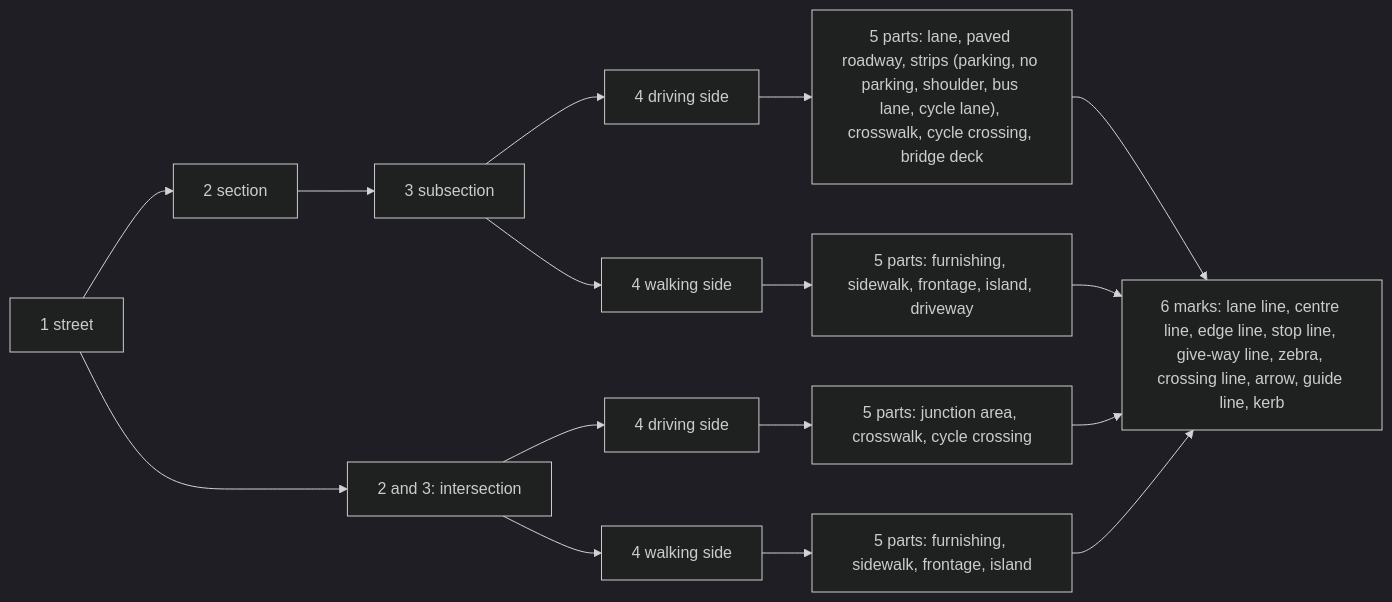
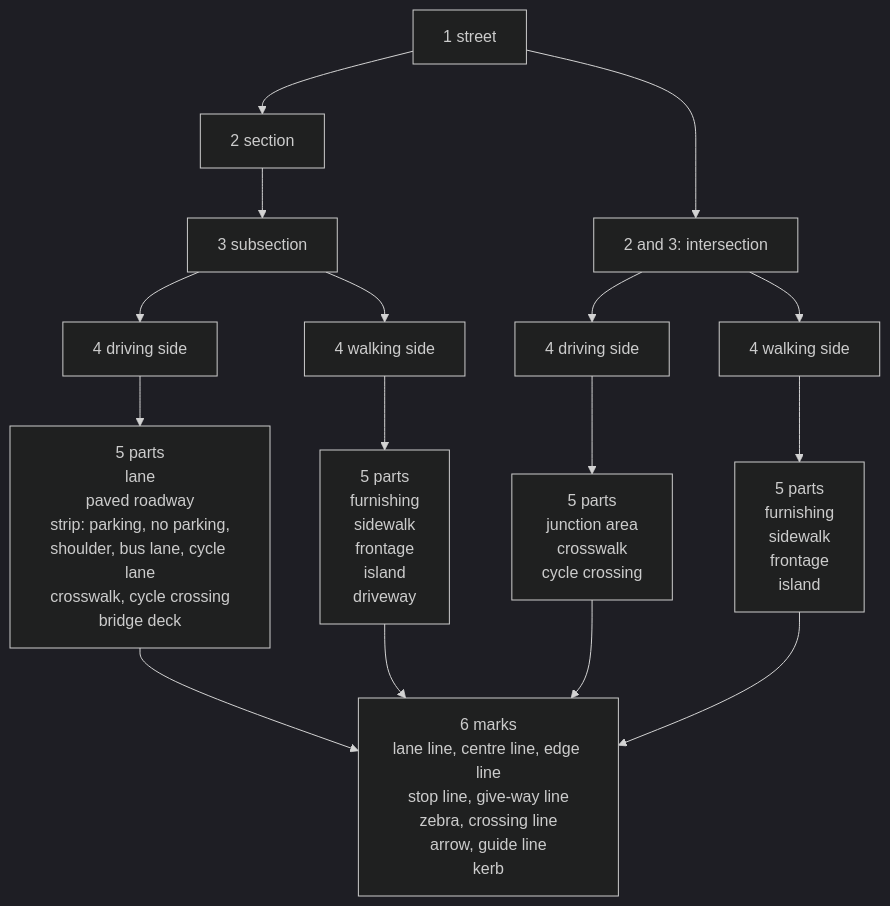
One commit to Khoshkhah/urbanstyle changed the second of 4 diagrams in docs/design/steps.md. Above: the diagram before and after it, drawn with Mermaid (dark theme).

Commit message:
docs/design/steps.md: the street diagram top down, the part and mark types as lists in the boxes

````diff
--- a/docs/design/steps.md
+++ b/docs/design/steps.md
@@ -47,18 +47,18 @@
 ```mermaid
-flowchart LR
+flowchart TD
     K1[1 street] --> SE[2 section]
     SE --> SU[3 subsection]
     K1 --> IN[2 and 3: intersection]
     SU --> D1[4 driving side]
     SU --> W1[4 walking side]
     IN --> D2[4 driving side]
     IN --> W2[4 walking side]
-    D1 --> P1["5 parts: lane, paved roadway, strips (parking, no parking, shoulder, bus lane, cycle lane), crosswalk, cycle crossing, bridge deck"]
-    W1 --> P2["5 parts: furnishing, sidewalk, frontage, island, driveway"]
-    D2 --> P3["5 parts: junction area, crosswalk, cycle crossing"]
-    W2 --> P4["5 parts: furnishing, sidewalk, frontage, island"]
-    P1 --> M["6 marks: lane line, centre line, edge line, stop line, give-way line, zebra, crossing line, arrow, guide line, kerb"]
+    D1 --> P1["5 parts<br/>lane<br/>paved roadway<br/>strip: parking, no parking,<br/>shoulder, bus lane, cycle lane<br/>crosswalk, cycle crossing<br/>bridge deck"]
+    W1 --> P2["5 parts<br/>furnishing<br/>sidewalk<br/>frontage<br/>island<br/>driveway"]
+    D2 --> P3["5 parts<br/>junction area<br/>crosswalk<br/>cycle crossing"]
+    W2 --> P4["5 parts<br/>furnishing<br/>sidewalk<br/>frontage<br/>island"]
+    P1 --> M["6 marks<br/>lane line, centre line, edge line<br/>stop line, give-way line<br/>zebra, crossing line<br/>arrow, guide line<br/>kerb"]
     P2 --> M
     P3 --> M
     P4 --> M
 ```
````
